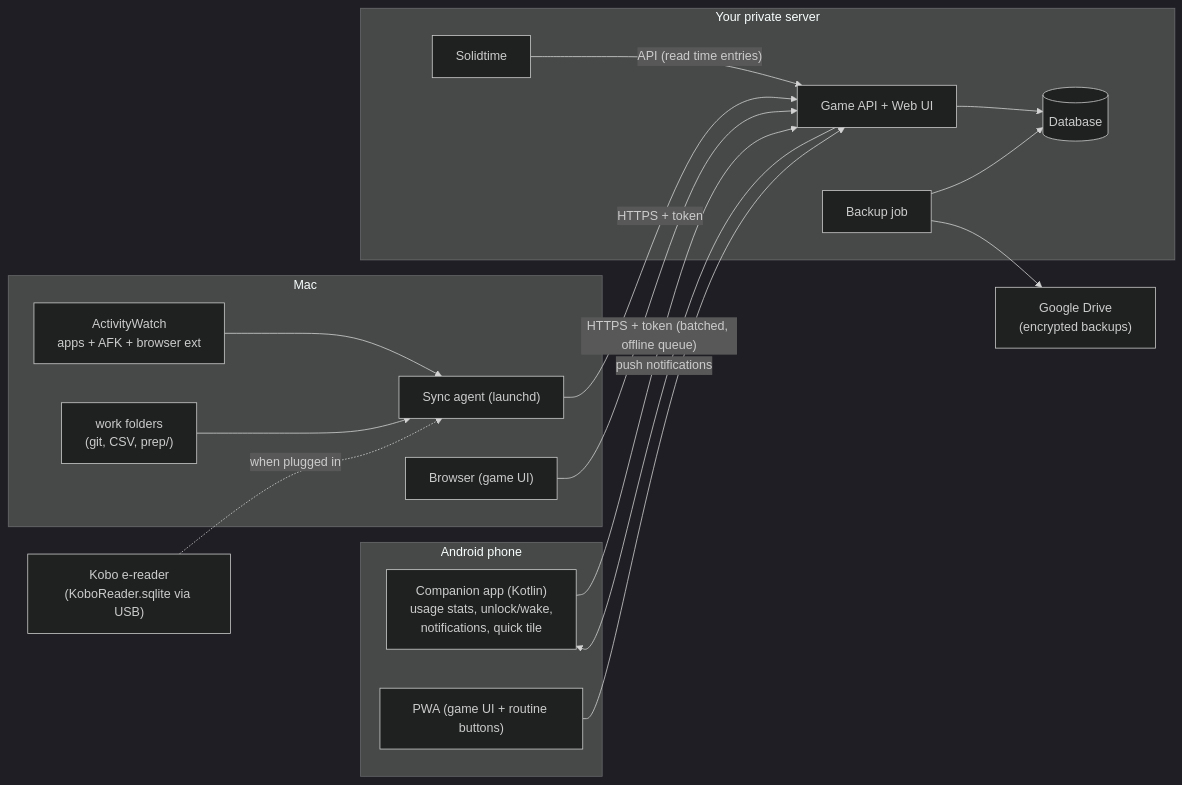
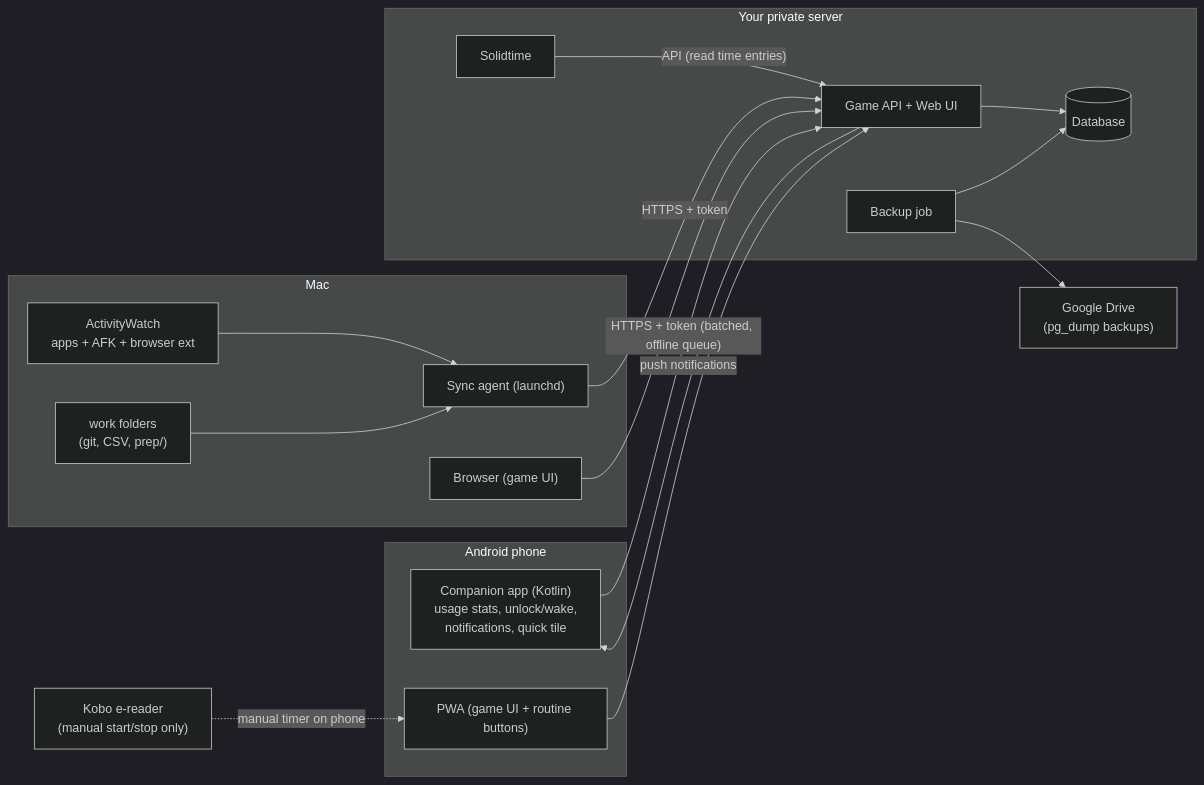
One commit to MSVhora/life-game changed the first of 6 diagrams in docs/ARCHITECTURE.md. Above: the diagram before and after it, drawn with Mermaid (dark theme). The commit also changed other lines of this file and 11 other files, not shown here.

````diff
--- a/docs/ARCHITECTURE.md
+++ b/docs/ARCHITECTURE.md
@@ -4,33 +4,33 @@
 ```mermaid
 flowchart LR
   subgraph Phone["Android phone"]
     APP["Companion app (Kotlin)\nusage stats, unlock/wake,\nnotifications, quick tile"]
     PWA1["PWA (game UI + routine buttons)"]
   end
   subgraph Mac["Mac"]
     AW["ActivityWatch\napps + AFK + browser ext"]
     AGENT["Sync agent (launchd)"]
     JS["work folders\n(git, CSV, prep/)"]
     PWA2["Browser (game UI)"]
   end
-  KOBO["Kobo e-reader\n(KoboReader.sqlite via USB)"]
+  KOBO["Kobo e-reader\n(manual start/stop only)"]
   subgraph Srv["Your private server"]
     API["Game API + Web UI"]
     DB[("Database")]
     ST["Solidtime"]
     BK["Backup job"]
   end
-  GD["Google Drive\n(encrypted backups)"]
+  GD["Google Drive\n(pg_dump backups)"]
   APP -- "HTTPS + token (batched, offline queue)" --> API
   PWA1 --> API
   PWA2 --> API
   AW --> AGENT
   JS --> AGENT
-  KOBO -. "when plugged in" .-> AGENT
+  KOBO -. "manual timer on phone" .-> PWA1
   AGENT -- "HTTPS + token" --> API
   ST -- "API (read time entries)" --> API
   API --> DB
   BK --> DB
   BK --> GD
   API -- "push notifications" --> APP
 ```
````
